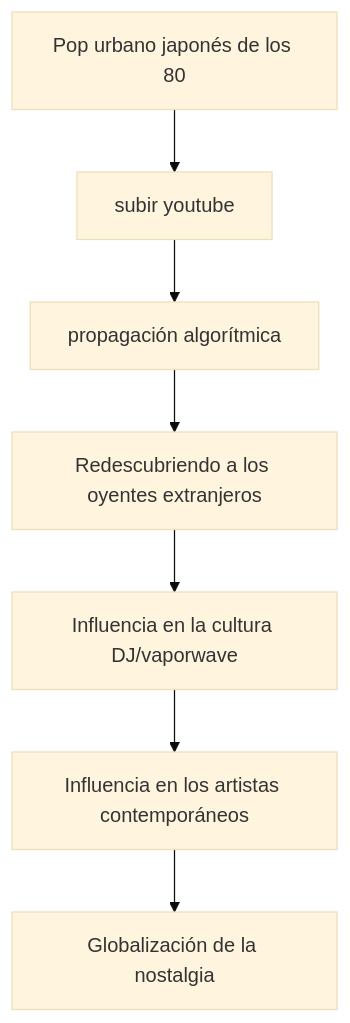
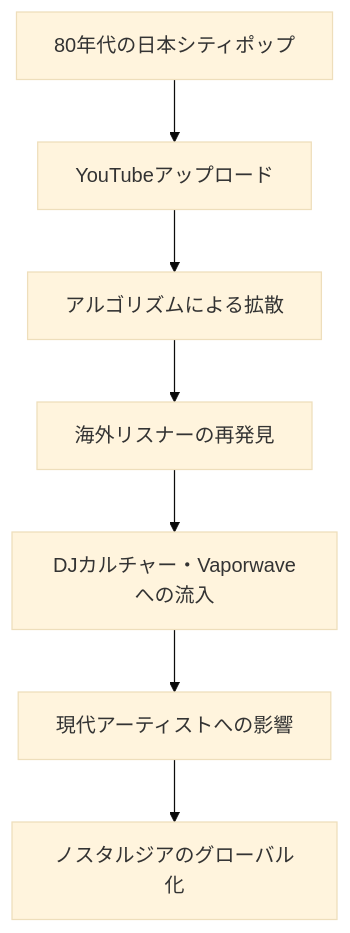
One commit to monumental-movement/monumental-movement.github.io changed the second of 2 diagrams in es/_posts/2025-10-31-column-citypop.md. Above: the diagram before and after it, drawn with Mermaid (base theme). The commit also changed other lines of this file and 299 other files, not shown here.

```diff
--- a/es/_posts/2025-10-31-column-citypop.md
+++ b/es/_posts/2025-10-31-column-citypop.md
@@ -185,11 +185,11 @@
 <div class="mermaid">
 
 graph TD
-A[Pop urbano japonés de los 80] --> B[subir youtube]
-B --> C[propagación algorítmica]
-C --> D[Redescubriendo a los oyentes extranjeros]
-D --> E[Influencia en la cultura DJ/vaporwave]
-E --> F[Influencia en los artistas contemporáneos]
-F --> G[Globalización de la nostalgia]
+A[80年代の日本シティポップ] --> B[YouTubeアップロード]
+B --> C[アルゴリズムによる拡散]
+C --> D[海外リスナーの再発見]
+D --> E[DJカルチャー・Vaporwaveへの流入]
+E --> F[現代アーティストへの影響]
+F --> G[ノスタルジアのグローバル化]
 
 </div>
```
